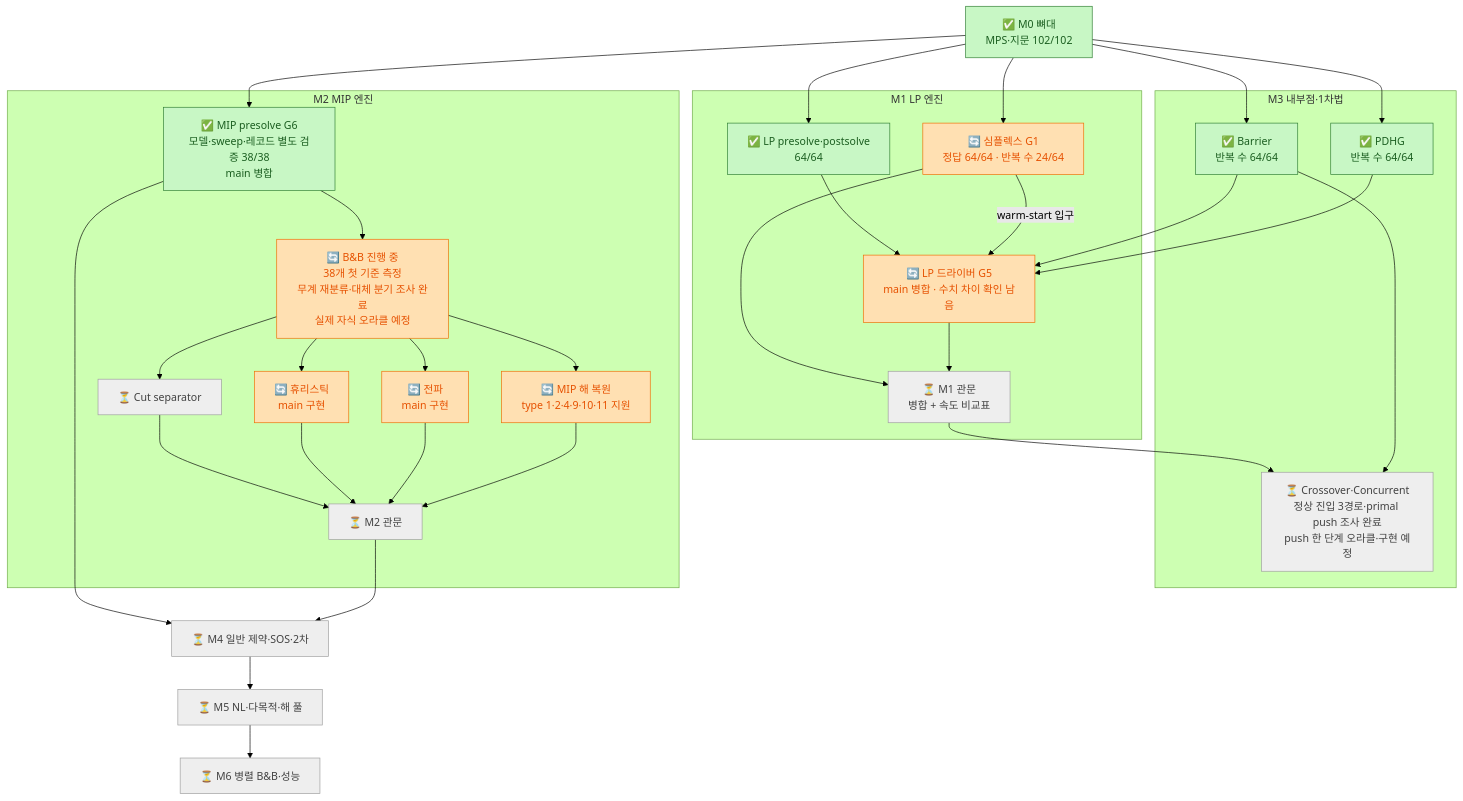
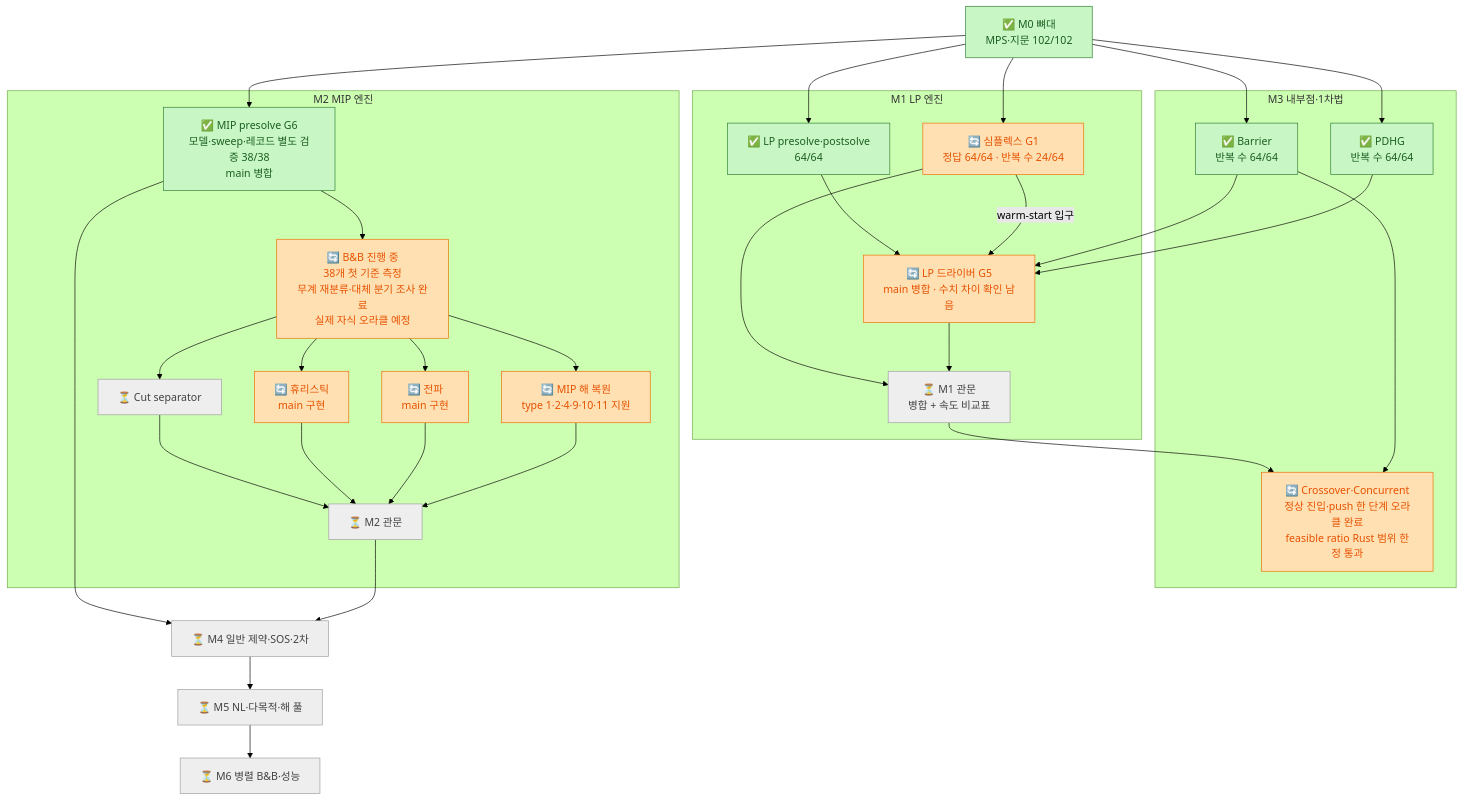
The diagram in docs/12_roadmap_diagram.md (kjh278231/kerobi), drawn with Mermaid (forest theme) before and after one commit. The commit also changed other lines of this file and 7 other files, not shown here.

````diff
--- a/docs/12_roadmap_diagram.md
+++ b/docs/12_roadmap_diagram.md
@@ -35,49 +37,49 @@
 ```mermaid
 flowchart TD
     classDef done fill:#c8f7c5,stroke:#2e7d32,color:#1b5e20
     classDef doing fill:#ffe0b2,stroke:#ef6c00,color:#e65100
     classDef pending fill:#bbdefb,stroke:#1565c0,color:#0d47a1
     classDef todo fill:#eeeeee,stroke:#9e9e9e,color:#424242
 
     M0["✅ M0 뼈대<br/>MPS·지문 102/102"]:::done
 
     subgraph M1["M1 LP 엔진"]
         PRE["✅ LP presolve·postsolve<br/>64/64"]:::done
         SPX["🔄 심플렉스 G1<br/>정답 64/64 · 반복 수 24/64"]:::doing
         DRV["🔄 LP 드라이버 G5<br/>main 병합 · 수치 차이 확인 남음"]:::doing
         GATE1["⏳ M1 관문<br/>병합 + 속도 비교표"]:::todo
     end
 
     subgraph M3["M3 내부점·1차법"]
         BAR["✅ Barrier<br/>반복 수 64/64"]:::done
         PDHG["✅ PDHG<br/>반복 수 64/64"]:::done
-        XO["⏳ Crossover·Concurrent<br/>정상 진입 3경로·primal push 조사 완료<br/>push 한 단계 오라클·구현 예정"]:::todo
+        XO["🔄 Crossover·Concurrent<br/>정상 진입·push 한 단계 오라클 완료<br/>feasible ratio Rust 범위 한정 통과"]:::doing
     end
 
     subgraph M2["M2 MIP 엔진"]
         MPRE["✅ MIP presolve G6<br/>모델·sweep·레코드 별도 검증 38/38<br/>main 병합"]:::done
         BNB["🔄 B&B 진행 중<br/>38개 첫 기준 측정<br/>무계 재분류·대체 분기 조사 완료<br/>실제 자식 오라클 예정"]:::doing
         CUT["⏳ Cut separator"]:::todo
         HEU["🔄 휴리스틱<br/>main 구현"]:::doing
         PROP["🔄 전파<br/>main 구현"]:::doing
         POST["🔄 MIP 해 복원<br/>type 1·2·4·9·10·11 지원"]:::doing
         GATE2["⏳ M2 관문"]:::todo
     end
 
     M4["⏳ M4 일반 제약·SOS·2차"]:::todo
     M5["⏳ M5 NL·다목적·해 풀"]:::todo
     M6["⏳ M6 병렬 B&B·성능"]:::todo
 
     M0 --> PRE & SPX & BAR & PDHG & MPRE
     PRE --> DRV
     BAR & PDHG --> DRV
     SPX -- "warm-start 입구" --> DRV
     SPX & DRV --> GATE1
     GATE1 --> XO
     BAR --> XO
     MPRE --> BNB
     BNB --> CUT & HEU & PROP & POST
     CUT & HEU & PROP & POST --> GATE2
     MPRE --> M4
     GATE2 --> M4 --> M5 --> M6
 ```
````
